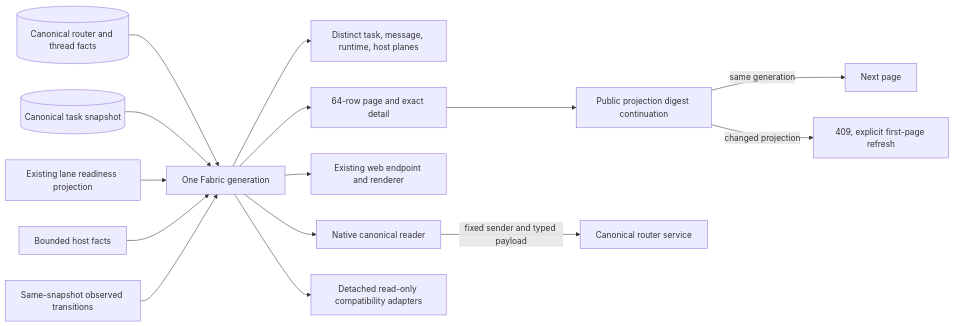
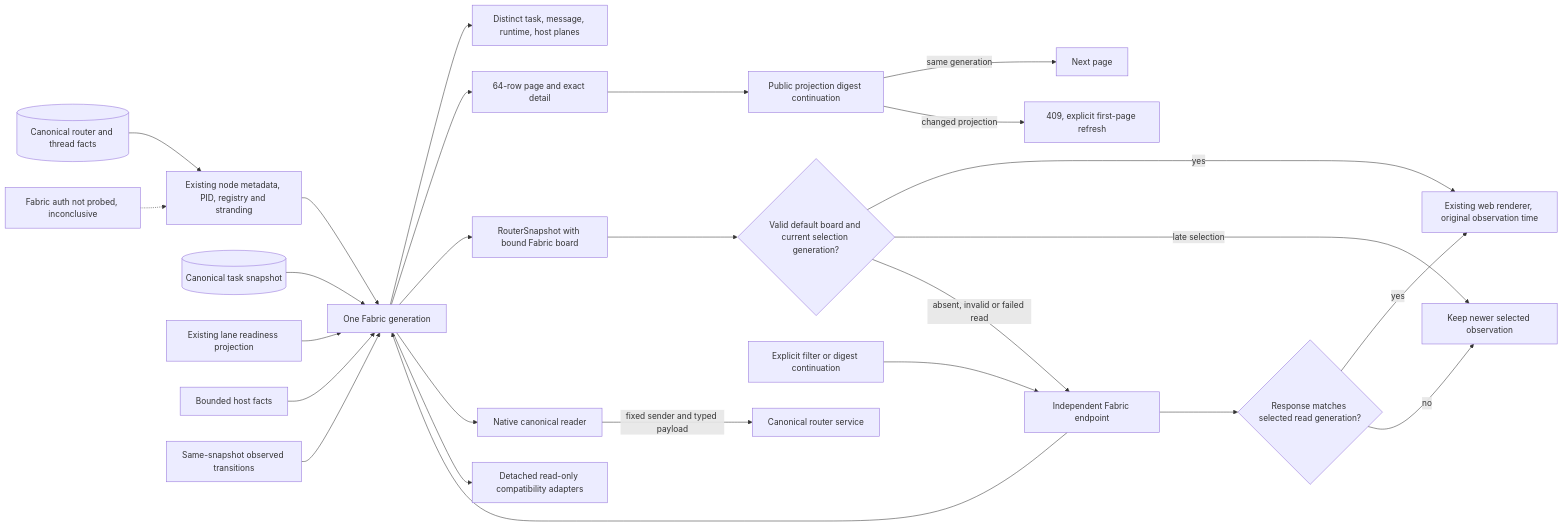
Before and after one commit to SirsiMaster/sirsi-pantheon: diagram 22 of 37 in docs/stacklab/pantheon-pt/canon/DIAGRAMS_FABRIC_OPERATIONS.md, drawn with Mermaid. The commit also changed other lines of this file and 61 other files, not shown here.

````diff
--- a/docs/stacklab/pantheon-pt/canon/DIAGRAMS_FABRIC_OPERATIONS.md
+++ b/docs/stacklab/pantheon-pt/canon/DIAGRAMS_FABRIC_OPERATIONS.md
@@ -689,17 +694,28 @@
 ```mermaid
 flowchart LR
-  Router[(Canonical router and thread facts)] --> Producer[One Fabric generation]
+  Router[(Canonical router and thread facts)] --> Node[Existing node metadata, PID, registry and stranding]
+  Passive[Fabric auth not probed, inconclusive] -.-> Node
+  Node --> Producer[One Fabric generation]
   Ledger[(Canonical task snapshot)] --> Producer
   Readiness[Existing lane readiness projection] --> Producer
   Host[Bounded host facts] --> Producer
   Fleet[Same-snapshot observed transitions] --> Producer
   Producer --> Planes[Distinct task, message, runtime, host planes]
   Producer --> Page[64-row page and exact detail]
   Page --> Digest[Public projection digest continuation]
   Digest -->|same generation| Next[Next page]
   Digest -->|changed projection| Conflict[409, explicit first-page refresh]
-  Producer --> Web[Existing web endpoint and renderer]
+  Producer --> Snapshot[RouterSnapshot with bound Fabric board]
+  Snapshot --> Scope{Valid default board and current selection generation?}
+  Scope -->|yes| Web[Existing web renderer, original observation time]
+  Scope -->|late selection| Ignore[Keep newer selected observation]
+  Scope -->|absent, invalid or failed read| Request[Independent Fabric endpoint]
+  Selection[Explicit filter or digest continuation] --> Request
+  Request --> Producer
+  Request --> Fence{Response matches selected read generation?}
+  Fence -->|yes| Web
+  Fence -->|no| Ignore
   Producer --> Native[Native canonical reader]
   Producer --> Compat[Detached read-only compatibility adapters]
   Native -->|fixed sender and typed payload| Service[Canonical router service]
 ```
````
